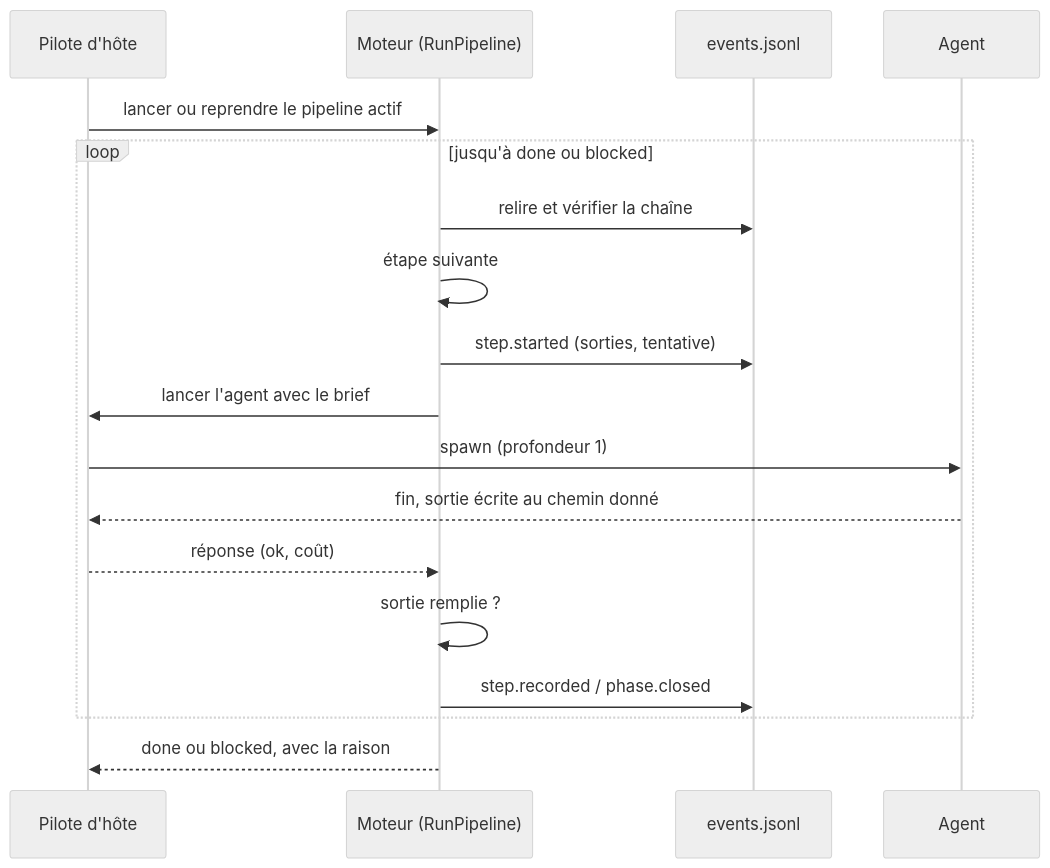
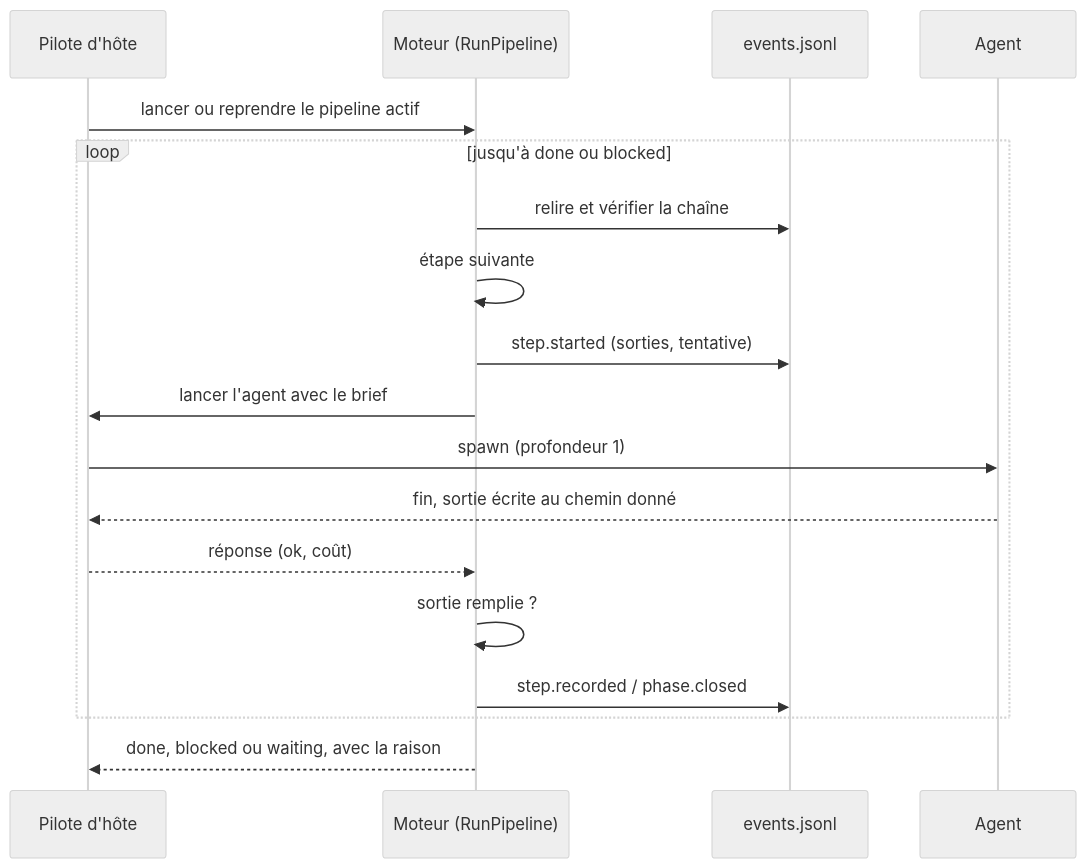
The diagram in docs/site/fr/explanation/architecture.md (SebastienDegodez/skraft-plugin), drawn with Mermaid (neutral theme) before and after one commit. The commit also changed other lines of this file and 17 other files, not shown here.

````diff
--- a/docs/site/fr/explanation/architecture.md
+++ b/docs/site/fr/explanation/architecture.md
@@ -78,20 +86,20 @@
 ```mermaid
 sequenceDiagram
     participant P as Pilote d'hôte
     participant M as Moteur (RunPipeline)
     participant J as events.jsonl
     participant A as Agent
     P->>M: lancer ou reprendre le pipeline actif
     loop jusqu'à done ou blocked
         M->>J: relire et vérifier la chaîne
         M->>M: étape suivante
         M->>J: step.started (sorties, tentative)
         M->>P: lancer l'agent avec le brief
         P->>A: spawn (profondeur 1)
         A-->>P: fin, sortie écrite au chemin donné
         P-->>M: réponse (ok, coût)
         M->>M: sortie remplie ?
         M->>J: step.recorded / phase.closed
     end
-    M-->>P: done ou blocked, avec la raison
+    M-->>P: done, blocked ou waiting, avec la raison
 ```
````
